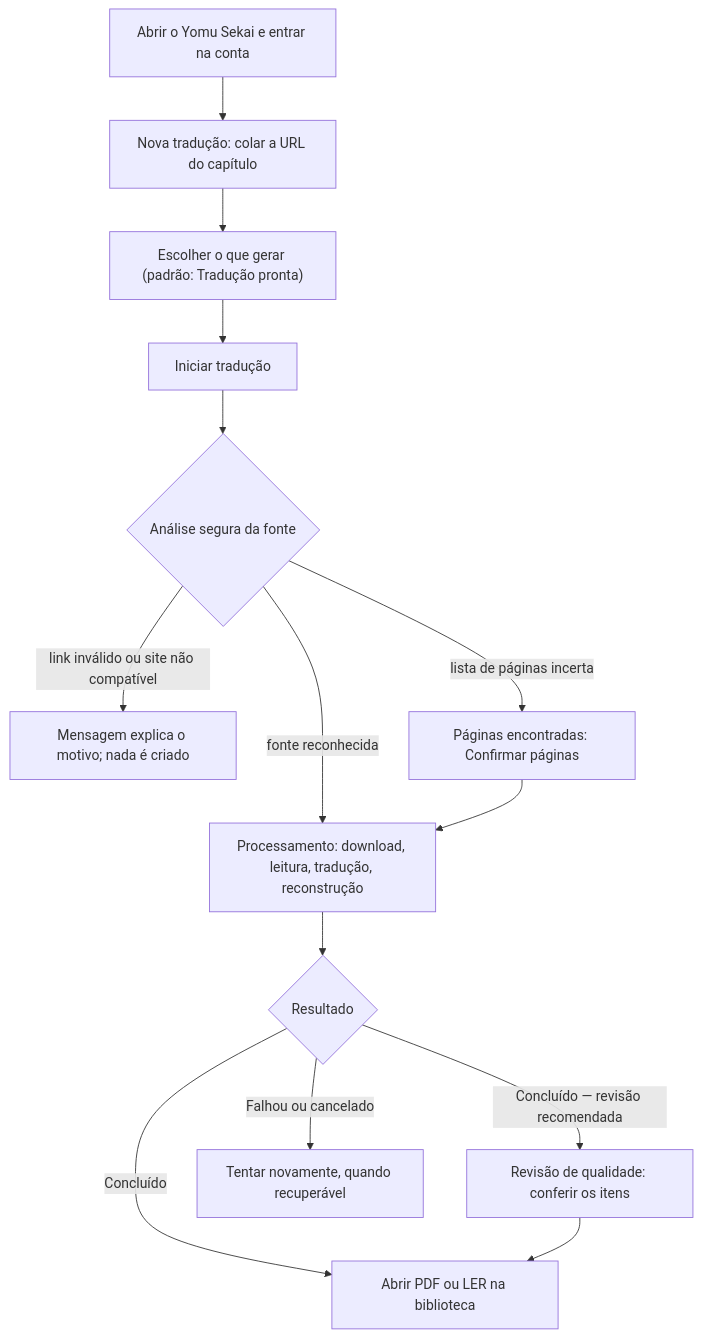
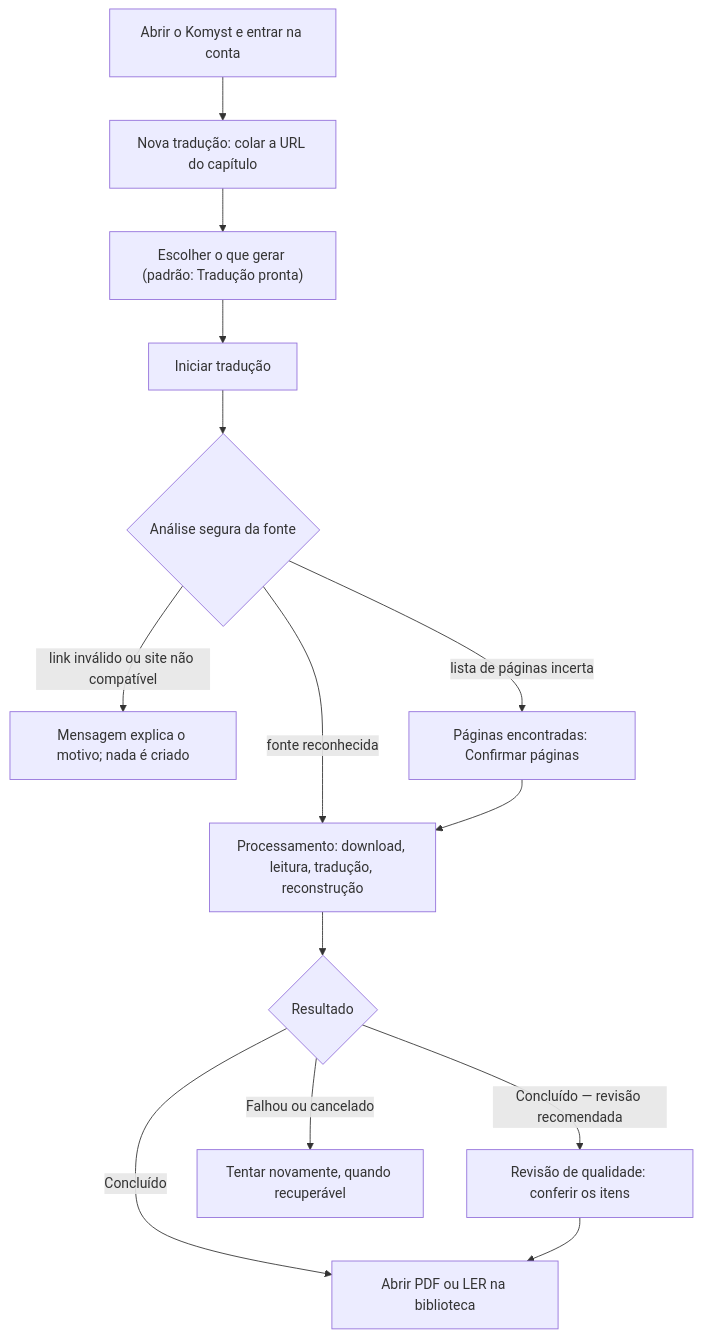
Before and after one commit to HenriquePvAr/Yomu-Sekai: the first of 2 diagrams in docs/user/GUIA_DO_USUARIO.md, drawn with Mermaid. The commit also changed other lines of this file and 69 other files, not shown here.

````diff
--- a/docs/user/GUIA_DO_USUARIO.md
+++ b/docs/user/GUIA_DO_USUARIO.md
@@ -203,16 +207,16 @@
 ```mermaid
 flowchart TD
-    A["Abrir o Yomu Sekai e entrar na conta"] --> B["Nova tradução: colar a URL do capítulo"]
+    A["Abrir o Komyst e entrar na conta"] --> B["Nova tradução: colar a URL do capítulo"]
     B --> C["Escolher o que gerar (padrão: Tradução pronta)"]
     C --> D["Iniciar tradução"]
     D --> E{"Análise segura da fonte"}
     E -->|"link inválido ou site não compatível"| X["Mensagem explica o motivo; nada é criado"]
     E -->|"lista de páginas incerta"| F["Páginas encontradas: Confirmar páginas"]
     E -->|"fonte reconhecida"| G["Processamento: download, leitura, tradução, reconstrução"]
     F --> G
     G --> H{"Resultado"}
     H -->|"Concluído"| I["Abrir PDF ou LER na biblioteca"]
     H -->|"Concluído — revisão recomendada"| J["Revisão de qualidade: conferir os itens"]
     J --> I
     H -->|"Falhou ou cancelado"| K["Tentar novamente, quando recuperável"]
 ```
````
